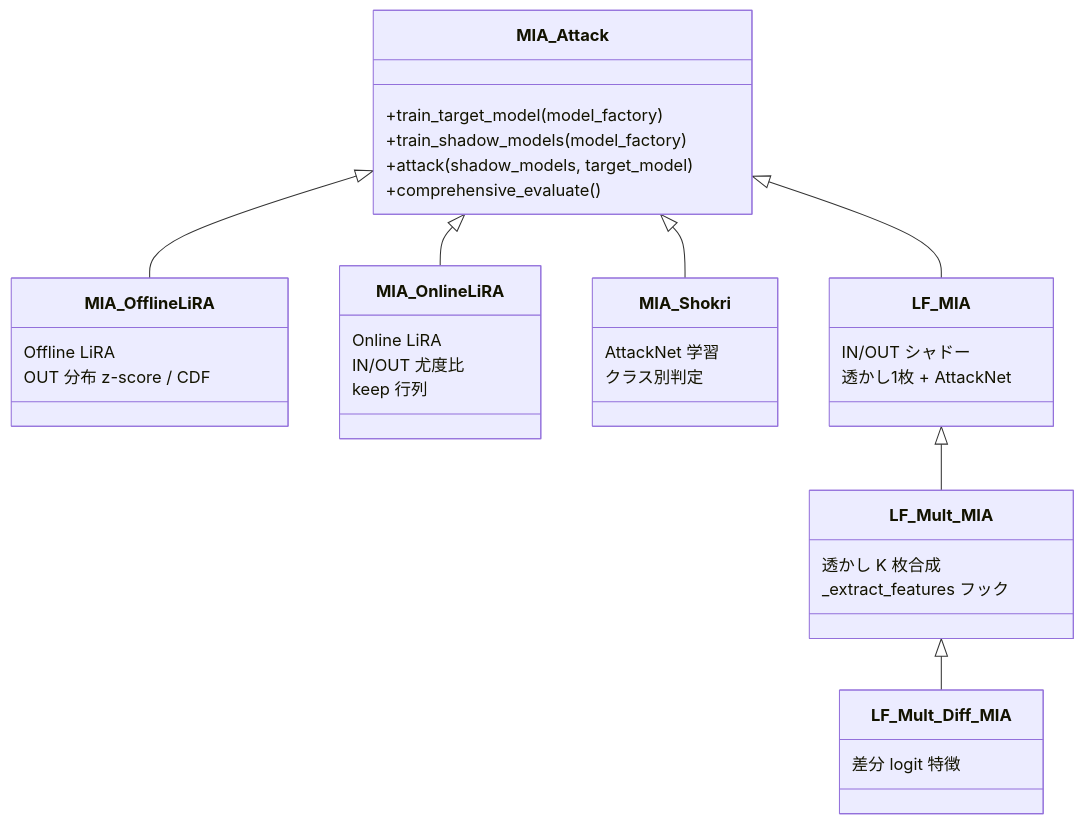
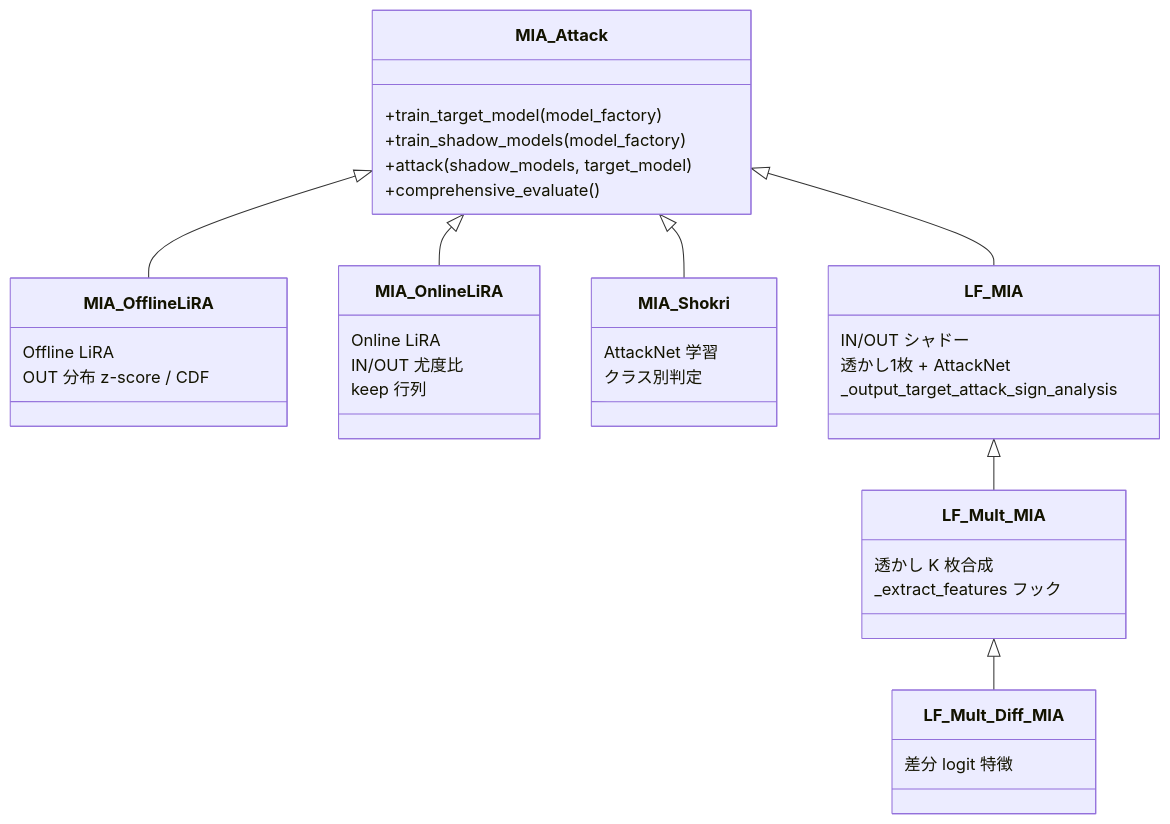
Diagram 11 of 14 in worker/docs/SPECIFICATION.md (GoldenPoisonedApple/MIAOS), drawn with Mermaid before and after one commit. The commit also changed other lines of this file and 4 other files, not shown here.

````diff
--- a/worker/docs/SPECIFICATION.md
+++ b/worker/docs/SPECIFICATION.md
@@ -414,39 +414,40 @@
 ```mermaid
 classDiagram
     class MIA_Attack {
         +train_target_model(model_factory)
         +train_shadow_models(model_factory)
         +attack(shadow_models, target_model)
         +comprehensive_evaluate()
     }
     class MIA_OfflineLiRA {
         Offline LiRA
         OUT 分布 z-score / CDF
     }
     class MIA_OnlineLiRA {
         Online LiRA
         IN/OUT 尤度比
         keep 行列
     }
     class MIA_Shokri {
         AttackNet 学習
         クラス別判定
     }
     class LF_MIA {
         IN/OUT シャドー
         透かし1枚 + AttackNet
+        _output_target_attack_sign_analysis
     }
     MIA_Attack <|-- MIA_OfflineLiRA
     MIA_Attack <|-- MIA_OnlineLiRA
     MIA_Attack <|-- MIA_Shokri
     class LF_Mult_MIA {
         透かし K 枚合成
         _extract_features フック
     }
     class LF_Mult_Diff_MIA {
         差分 logit 特徴
     }
     MIA_Attack <|-- LF_MIA
     LF_MIA <|-- LF_Mult_MIA
     LF_Mult_MIA <|-- LF_Mult_Diff_MIA
 ```
````
